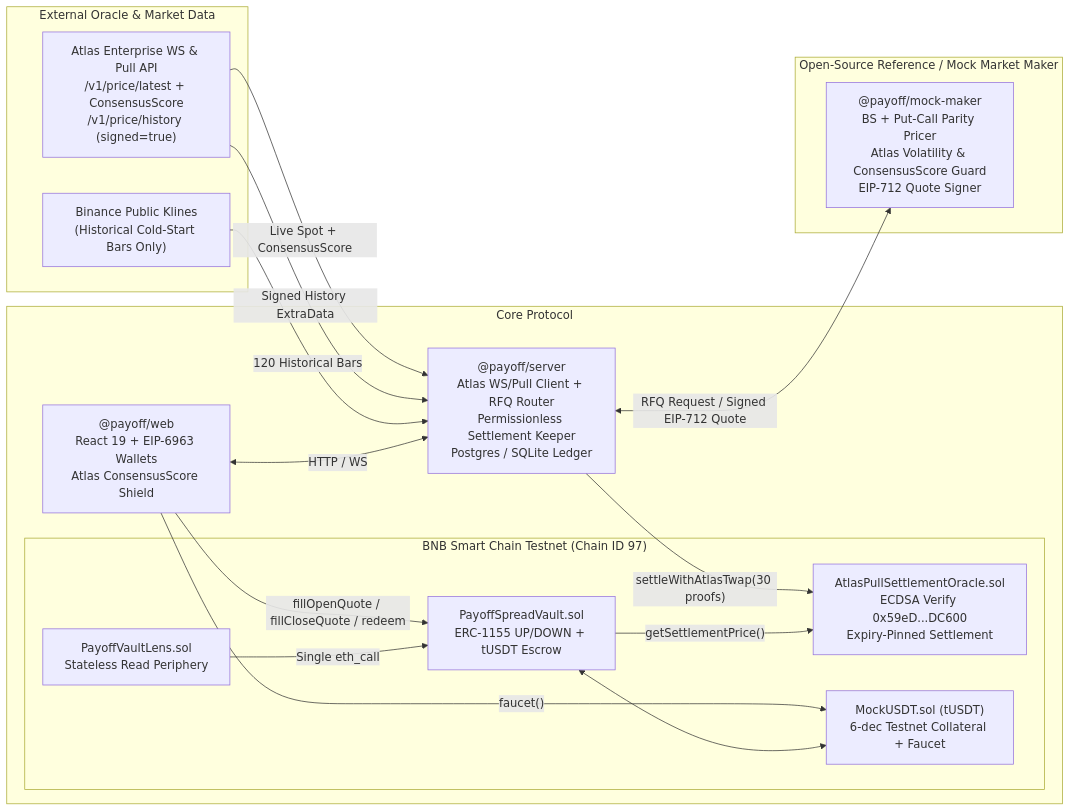
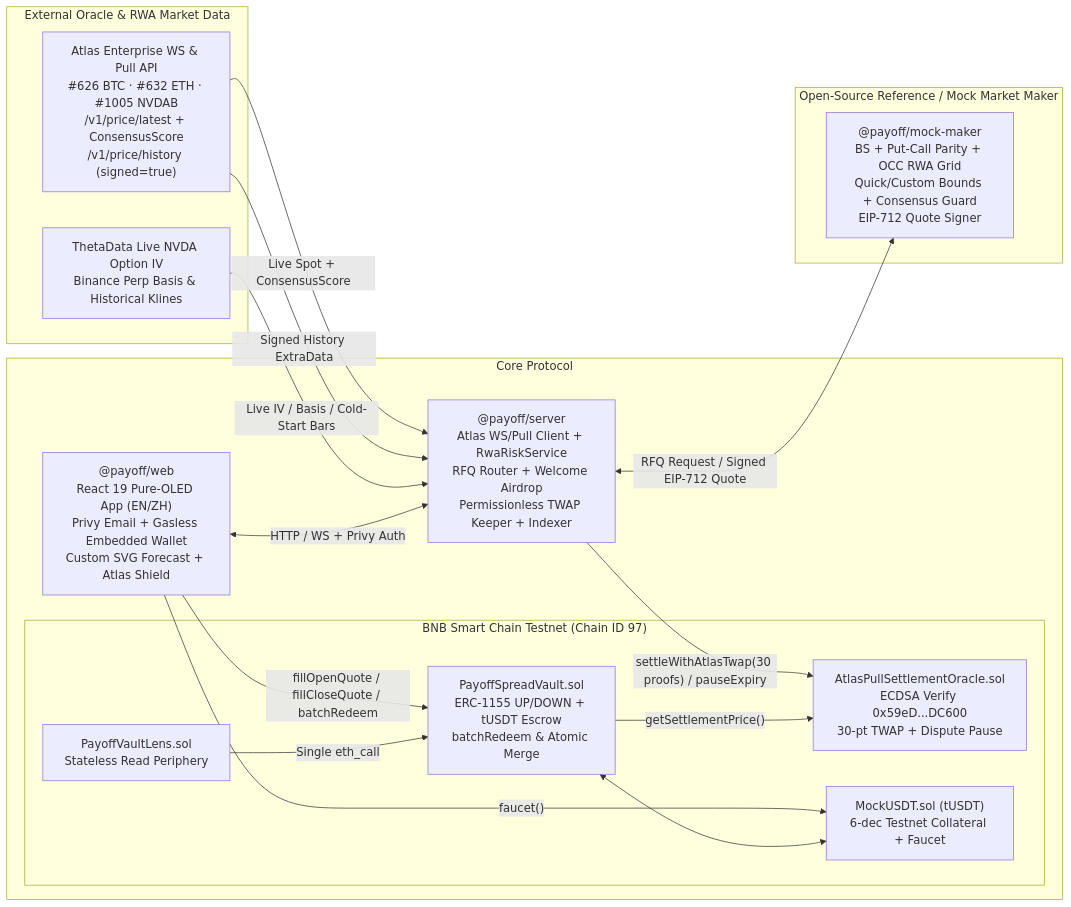
The diagram in README.md (cl-fi/bnb-payoff), drawn with Mermaid before and after one commit. The commit also changed other lines of this file and 4 other files, not shown here.

Commit message:
feat(web,docs): default Trade page to NVDA RWA and align hackathon docs with latest app

````diff
--- a/README.md
+++ b/README.md
@@ -71,34 +101,34 @@
 ```mermaid
 flowchart LR
-  subgraph External["External Oracle & Market Data"]
-    AtlasWS["Atlas Enterprise WS & Pull API<br/>/v1/price/latest + ConsensusScore<br/>/v1/price/history (signed=true)"]
-    BinanceK["Binance Public Klines<br/>(Historical Cold-Start Bars Only)"]
+  subgraph External["External Oracle & RWA Market Data"]
+    AtlasWS["Atlas Enterprise WS & Pull API<br/>#626 BTC · #632 ETH · #1005 NVDAB<br/>/v1/price/latest + ConsensusScore<br/>/v1/price/history (signed=true)"]
+    RwaData["ThetaData Live NVDA Option IV<br/>Binance Perp Basis & Historical Klines"]
   end
 
   subgraph CoreProtocol["Core Protocol"]
-    Web["@payoff/web<br/>React 19 + EIP-6963 Wallets<br/>Atlas ConsensusScore Shield"]
-    Server["@payoff/server<br/>Atlas WS/Pull Client + RFQ Router<br/>Permissionless Settlement Keeper<br/>Postgres / SQLite Ledger"]
+    Web["@payoff/web<br/>React 19 Pure-OLED App (EN/ZH)<br/>Privy Email + Gasless Embedded Wallet<br/>Custom SVG Forecast + Atlas Shield"]
+    Server["@payoff/server<br/>Atlas WS/Pull Client + RwaRiskService<br/>RFQ Router + Welcome Airdrop<br/>Permissionless TWAP Keeper + Indexer"]
     subgraph BSC["BNB Smart Chain Testnet (Chain ID 97)"]
-      Vault["PayoffSpreadVault.sol<br/>ERC-1155 UP/DOWN + tUSDT Escrow"]
+      Vault["PayoffSpreadVault.sol<br/>ERC-1155 UP/DOWN + tUSDT Escrow<br/>batchRedeem & Atomic Merge"]
       Lens["PayoffVaultLens.sol<br/>Stateless Read Periphery"]
-      Oracle["AtlasPullSettlementOracle.sol<br/>ECDSA Verify 0x59eD...DC600<br/>Expiry-Pinned Settlement"]
+      Oracle["AtlasPullSettlementOracle.sol<br/>ECDSA Verify 0x59eD...DC600<br/>30-pt TWAP + Dispute Pause"]
       USDT["MockUSDT.sol (tUSDT)<br/>6-dec Testnet Collateral + Faucet"]
     end
   end
 
   subgraph MockExt["Open-Source Reference / Mock Market Maker"]
-    MM["@payoff/mock-maker<br/>BS + Put-Call Parity Pricer<br/>Atlas Volatility & ConsensusScore Guard<br/>EIP-712 Quote Signer"]
+    MM["@payoff/mock-maker<br/>BS + Put-Call Parity + OCC RWA Grid<br/>Quick/Custom Bounds + Consensus Guard<br/>EIP-712 Quote Signer"]
   end
 
   AtlasWS -->|"Live Spot + ConsensusScore"| Server
   AtlasWS -->|"Signed History ExtraData"| Server
-  BinanceK -->|"120 Historical Bars"| Server
+  RwaData -->|"Live IV / Basis / Cold-Start Bars"| Server
   Server <-->|"RFQ Request / Signed EIP-712 Quote"| MM
-  Web <-->|"HTTP / WS"| Server
-  Web -->|"fillOpenQuote / fillCloseQuote / redeem"| Vault
+  Web <-->|"HTTP / WS + Privy Auth"| Server
+  Web -->|"fillOpenQuote / fillCloseQuote / batchRedeem"| Vault
   Web -->|"faucet()"| USDT
-  Server -->|"settleWithAtlasTwap(30 proofs)"| Oracle
+  Server -->|"settleWithAtlasTwap(30 proofs) / pauseExpiry"| Oracle
   Vault -->|"getSettlementPrice()"| Oracle
   Lens -->|"Single eth_call"| Vault
   Vault <--> USDT
 ```
````
